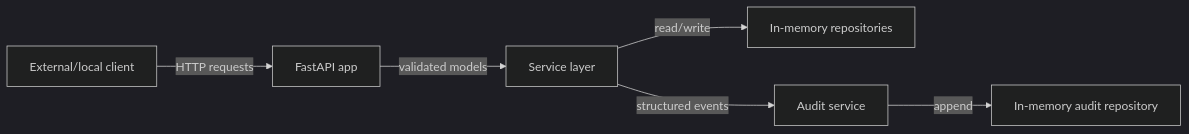
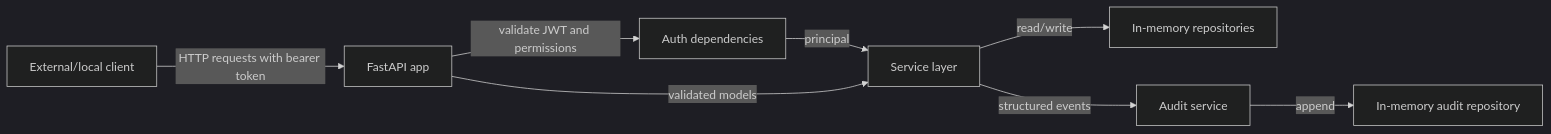
The first of 6 diagrams in docs/threat-model/data-flow-diagram.md (Ibraheemolasupogit/devsecops-application-security-pipeline), drawn with Mermaid (dark theme) before and after one commit. The commit also changed other lines of this file and 76 other files, not shown here.

````diff
--- a/docs/threat-model/data-flow-diagram.md
+++ b/docs/threat-model/data-flow-diagram.md
@@ -5,8 +5,10 @@
 ```mermaid
 flowchart LR
-    Client["External/local client"] -->|"HTTP requests"| App["FastAPI app"]
+    Client["External/local client"] -->|"HTTP requests with bearer token"| App["FastAPI app"]
+    App -->|"validate JWT and permissions"| Auth["Auth dependencies"]
+    Auth -->|"principal"| Service["Service layer"]
     App -->|"validated models"| Service["Service layer"]
     Service -->|"read/write"| Repo["In-memory repositories"]
     Service -->|"structured events"| Audit["Audit service"]
     Audit -->|"append"| AuditRepo["In-memory audit repository"]
 ```
````
